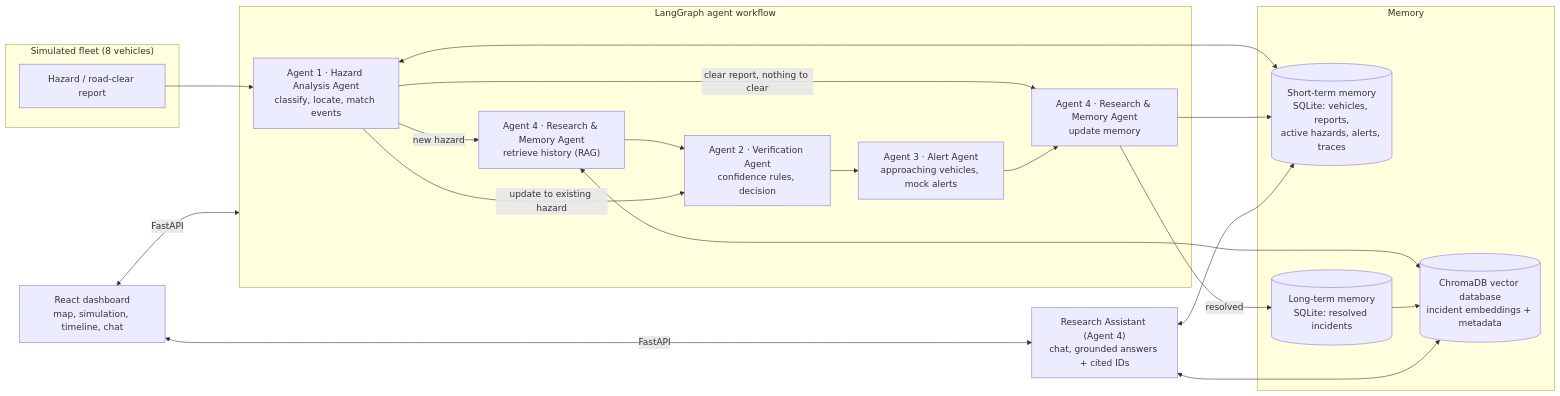
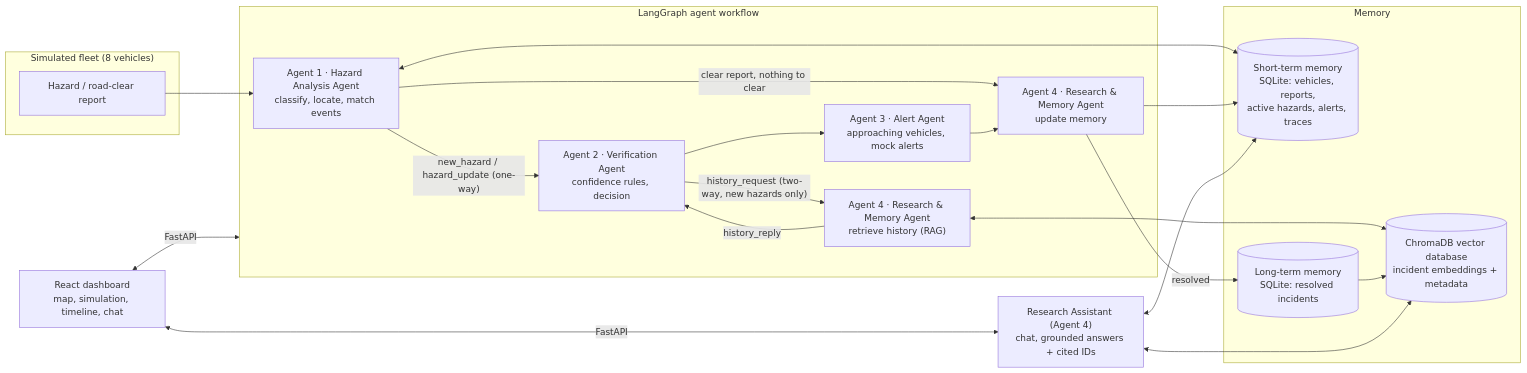
The diagram in autonomous-vehicle-agent/README.md (kirankh7/Autonomous-Safety-Agent-System), drawn with Mermaid before and after one commit. The commit also changed other lines of this file and 26 other files, not shown here.

````diff
--- a/autonomous-vehicle-agent/README.md
+++ b/autonomous-vehicle-agent/README.md
@@ -30,37 +32,38 @@
 ```mermaid
 flowchart LR
     subgraph Vehicles["Simulated fleet (8 vehicles)"]
         R[Hazard / road-clear report]
     end
 
     subgraph Graph["LangGraph agent workflow"]
         A1["Agent 1 · Hazard Analysis Agent<br/>classify, locate, match events"]
         A4a["Agent 4 · Research & Memory Agent<br/>retrieve history (RAG)"]
         A2["Agent 2 · Verification Agent<br/>confidence rules, decision"]
         A3["Agent 3 · Alert Agent<br/>approaching vehicles, mock alerts"]
         A4b["Agent 4 · Research & Memory Agent<br/>update memory"]
-        A1 -- new hazard --> A4a --> A2
-        A1 -- update to existing hazard --> A2
+        A1 -- "new_hazard / hazard_update (one-way)" --> A2
+        A2 -- "history_request (two-way, new hazards only)" --> A4a
+        A4a -- history_reply --> A2
         A1 -- clear report, nothing to clear --> A4b
         A2 --> A3 --> A4b
     end
 
     subgraph Memory
         STM[("Short-term memory<br/>SQLite: vehicles, reports,<br/>active hazards, alerts, traces")]
         LTM[("Long-term memory<br/>SQLite: resolved incidents")]
         VEC[("ChromaDB vector database<br/>incident embeddings + metadata")]
     end
 
     RA["Research Assistant (Agent 4)<br/>chat, grounded answers + cited IDs"]
     UI["React dashboard<br/>map, simulation, timeline, chat"]
 
     R --> A1
     A1 <--> STM
     A4a <--> VEC
     A4b --> STM
     A4b -- resolved --> LTM --> VEC
     RA <--> STM
     RA <--> VEC
     UI <-- FastAPI --> Graph
     UI <-- FastAPI --> RA
 ```
````
